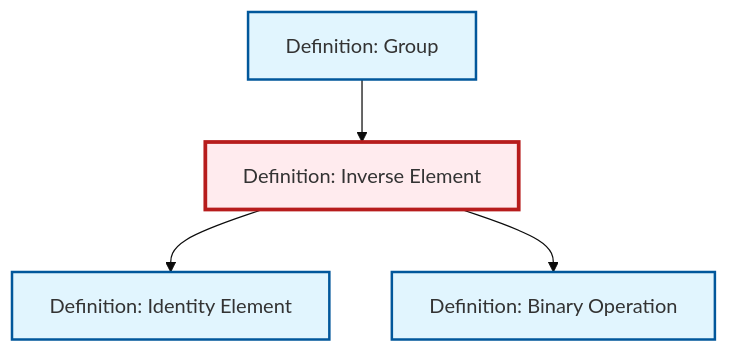
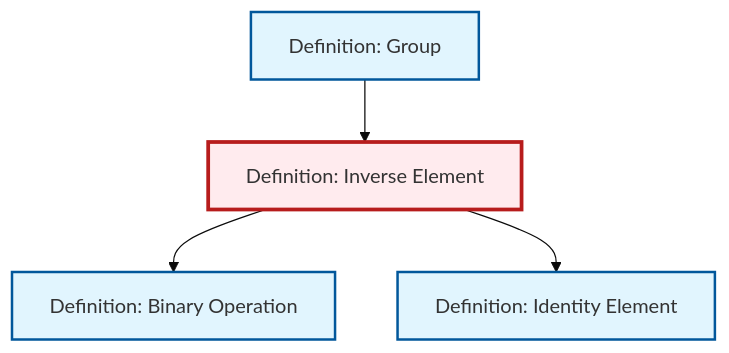
Before and after one commit to RK0429/ModernMath: the diagram in content/ja/algebra/def-inverse-element.qmd, drawn with Mermaid (base theme). The commit also changed other lines of this file and 597 other files, not shown here.

````diff
--- a/content/ja/algebra/def-inverse-element.qmd
+++ b/content/ja/algebra/def-inverse-element.qmd
@@ -84,20 +84,20 @@
 ```{mermaid}
 %%| fig-cap: "Local dependency graph"
 graph TD
     classDef definition fill:#e1f5fe,stroke:#01579b,stroke-width:2px
     classDef theorem fill:#f3e5f5,stroke:#4a148c,stroke-width:2px
     classDef axiom fill:#fff3e0,stroke:#e65100,stroke-width:2px
     classDef example fill:#e8f5e9,stroke:#1b5e20,stroke-width:2px
     classDef current fill:#ffebee,stroke:#b71c1c,stroke-width:3px
+    def-identity-element["Definition: Identity Element"]:::definition
+    def-binary-operation["Definition: Binary Operation"]:::definition
     def-group["Definition: Group"]:::definition
-    def-binary-operation["Definition: Binary Operation"]:::definition
     def-inverse-element["Definition: Inverse Element"]:::definition
-    def-identity-element["Definition: Identity Element"]:::definition
+    def-inverse-element --> def-binary-operation
     def-group --> def-inverse-element
     def-inverse-element --> def-identity-element
-    def-inverse-element --> def-binary-operation
     class def-inverse-element current
+    click def-identity-element "def-identity-element.html" "Definition: Identity Elementへ"
+    click def-binary-operation "def-binary-operation.html" "Definition: Binary Operationへ"
     click def-group "def-group.html" "Definition: Groupへ"
-    click def-binary-operation "def-binary-operation.html" "Definition: Binary Operationへ"
-    click def-identity-element "def-identity-element.html" "Definition: Identity Elementへ"
 ```
````
